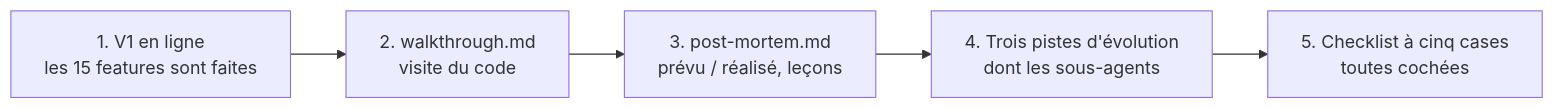
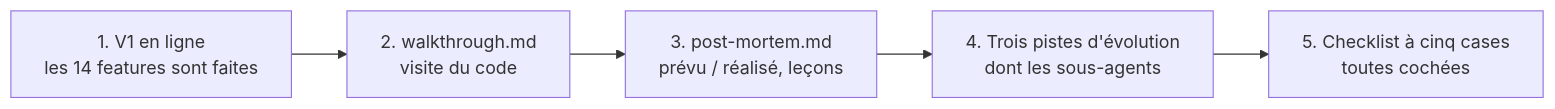
Before and after one commit to lecinquiemejour-code/goodvibe-tuto: diagram 34 of 37 in tuto-goodvibe-vibecoding.md, drawn with Mermaid. The commit also changed other lines of this file and 2 other files, not shown here.

````diff
--- a/tuto-goodvibe-vibecoding.md
+++ b/tuto-goodvibe-vibecoding.md
@@ -1256,7 +1211,7 @@
 ```mermaid
 flowchart LR
-    A["1. V1 en ligne<br/>les 15 features sont faites"] --> B["2. walkthrough.md<br/>visite du code"]
+    A["1. V1 en ligne<br/>les 14 features sont faites"] --> B["2. walkthrough.md<br/>visite du code"]
     B --> C["3. post-mortem.md<br/>prévu / réalisé, leçons"]
     C --> D["4. Trois pistes d'évolution<br/>dont les sous-agents"]
     D --> E["5. Checklist à cinq cases<br/>toutes cochées"]
 ```
````
